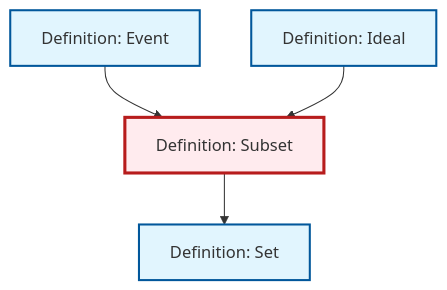
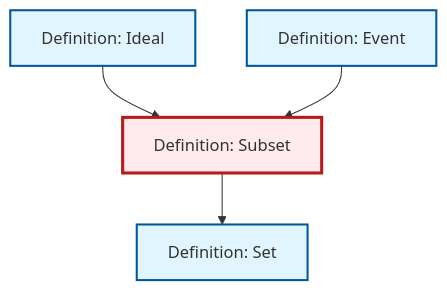
The diagram in content/ja/logic-set-theory/def-subset.qmd (RK0429/ModernMath), drawn with Mermaid before and after one commit. The commit also changed other lines of this file and 615 other files, not shown here.

````diff
--- a/content/ja/logic-set-theory/def-subset.qmd
+++ b/content/ja/logic-set-theory/def-subset.qmd
@@ -50,20 +50,20 @@
 ```{mermaid}
 %%| fig-cap: "Local dependency graph"
 graph TD
     classDef definition fill:#e1f5fe,stroke:#01579b,stroke-width:2px
     classDef theorem fill:#f3e5f5,stroke:#4a148c,stroke-width:2px
     classDef axiom fill:#fff3e0,stroke:#e65100,stroke-width:2px
     classDef example fill:#e8f5e9,stroke:#1b5e20,stroke-width:2px
     classDef current fill:#ffebee,stroke:#b71c1c,stroke-width:3px
-    def-ideal["Definition: Ideal"]:::definition
     def-subset["Definition: Subset"]:::definition
     def-set["Definition: Set"]:::definition
+    def-ideal["Definition: Ideal"]:::definition
     def-event["Definition: Event"]:::definition
     def-subset --> def-set
+    def-ideal --> def-subset
     def-event --> def-subset
-    def-ideal --> def-subset
     class def-subset current
+    click def-set "def-set.html" "Definition: Setへ"
     click def-ideal "def-ideal.html" "Definition: Idealへ"
-    click def-set "def-set.html" "Definition: Setへ"
     click def-event "def-event.html" "Definition: Eventへ"
 ```
````
